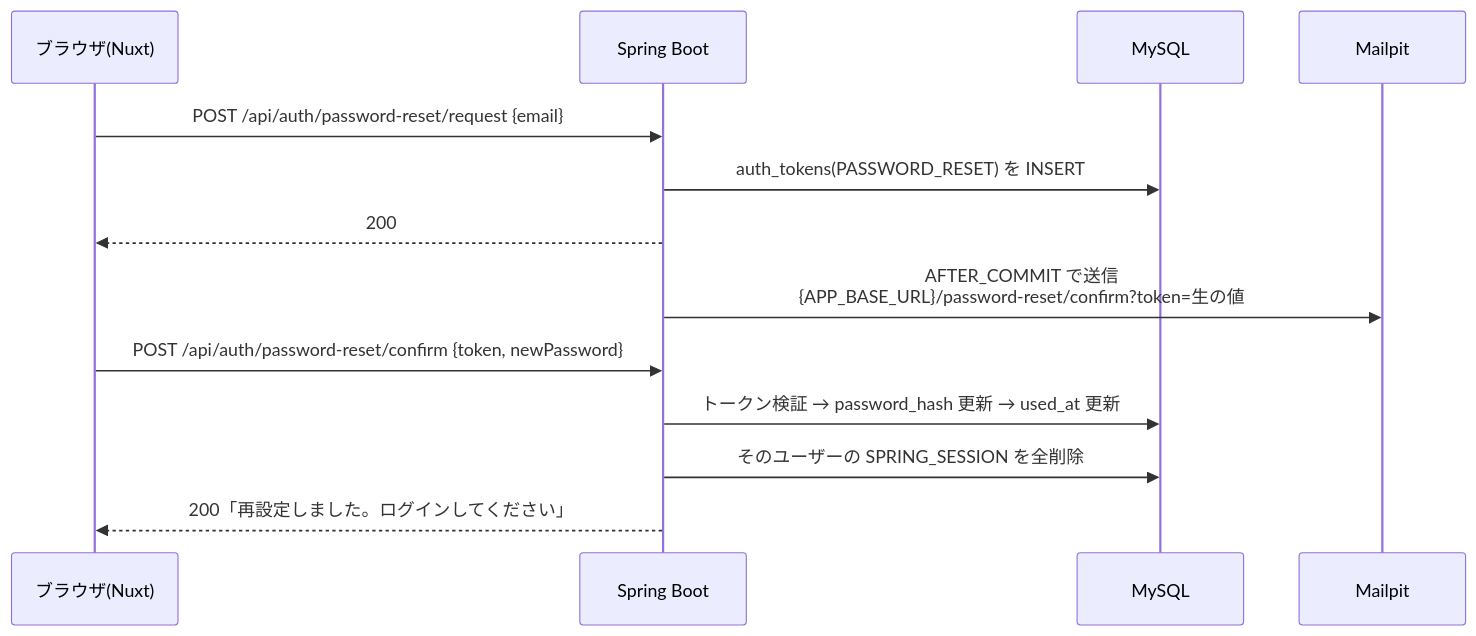
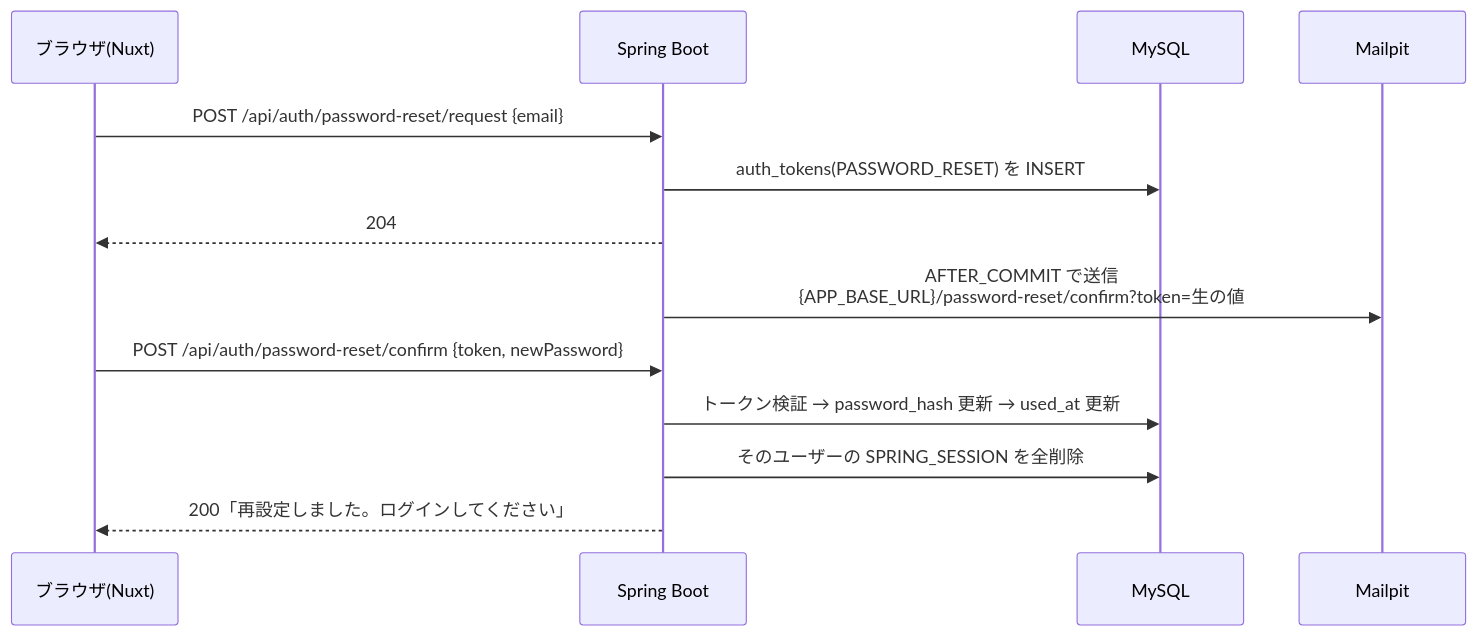
The second of 2 diagrams in docs/superpowers/specs/2026-08-05-phase3-auth-design.md (0000masa/nuxt-java-practice), drawn with Mermaid before and after one commit. The commit also changed other lines of this file and 1 other file, not shown here.

````diff
--- a/docs/superpowers/specs/2026-08-05-phase3-auth-design.md
+++ b/docs/superpowers/specs/2026-08-05-phase3-auth-design.md
@@ -156,16 +156,16 @@
 ```mermaid
 sequenceDiagram
     participant B as ブラウザ(Nuxt)
     participant S as Spring Boot
     participant DB as MySQL
     participant M as Mailpit
 
     B->>S: POST /api/auth/password-reset/request {email}
     S->>DB: auth_tokens(PASSWORD_RESET) を INSERT
-    S-->>B: 200
+    S-->>B: 204
     S->>M: AFTER_COMMIT で送信<br/>{APP_BASE_URL}/password-reset/confirm?token=生の値
     B->>S: POST /api/auth/password-reset/confirm {token, newPassword}
     S->>DB: トークン検証 → password_hash 更新 → used_at 更新
     S->>DB: そのユーザーの SPRING_SESSION を全削除
     S-->>B: 200「再設定しました。ログインしてください」
 ```
````
